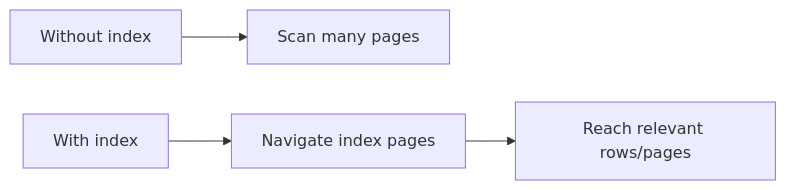
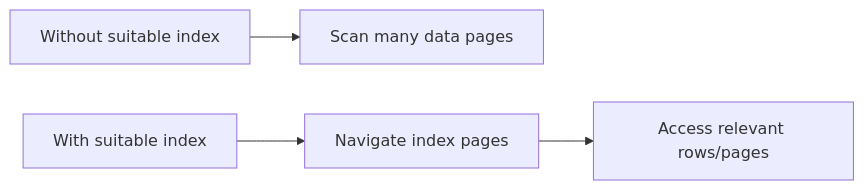
One commit to tjovic/database-design-labs-public changed diagram 11 of 11 in labs/lab05-physical-storage.md. Above: the diagram before and after it, drawn with Mermaid. The commit also changed other lines of this file, not shown here.

````diff
--- a/labs/lab05-physical-storage.md
+++ b/labs/lab05-physical-storage.md
@@ -779,6 +661,6 @@
 ```mermaid
 flowchart LR
-    A[Without index] --> B[Scan many pages]
-    C[With index] --> D[Navigate index pages]
-    D --> E[Reach relevant rows/pages]
+    A[Without suitable index] --> B[Scan many data pages]
+    C[With suitable index] --> D[Navigate index pages]
+    D --> E[Access relevant rows/pages]
 ```
````
